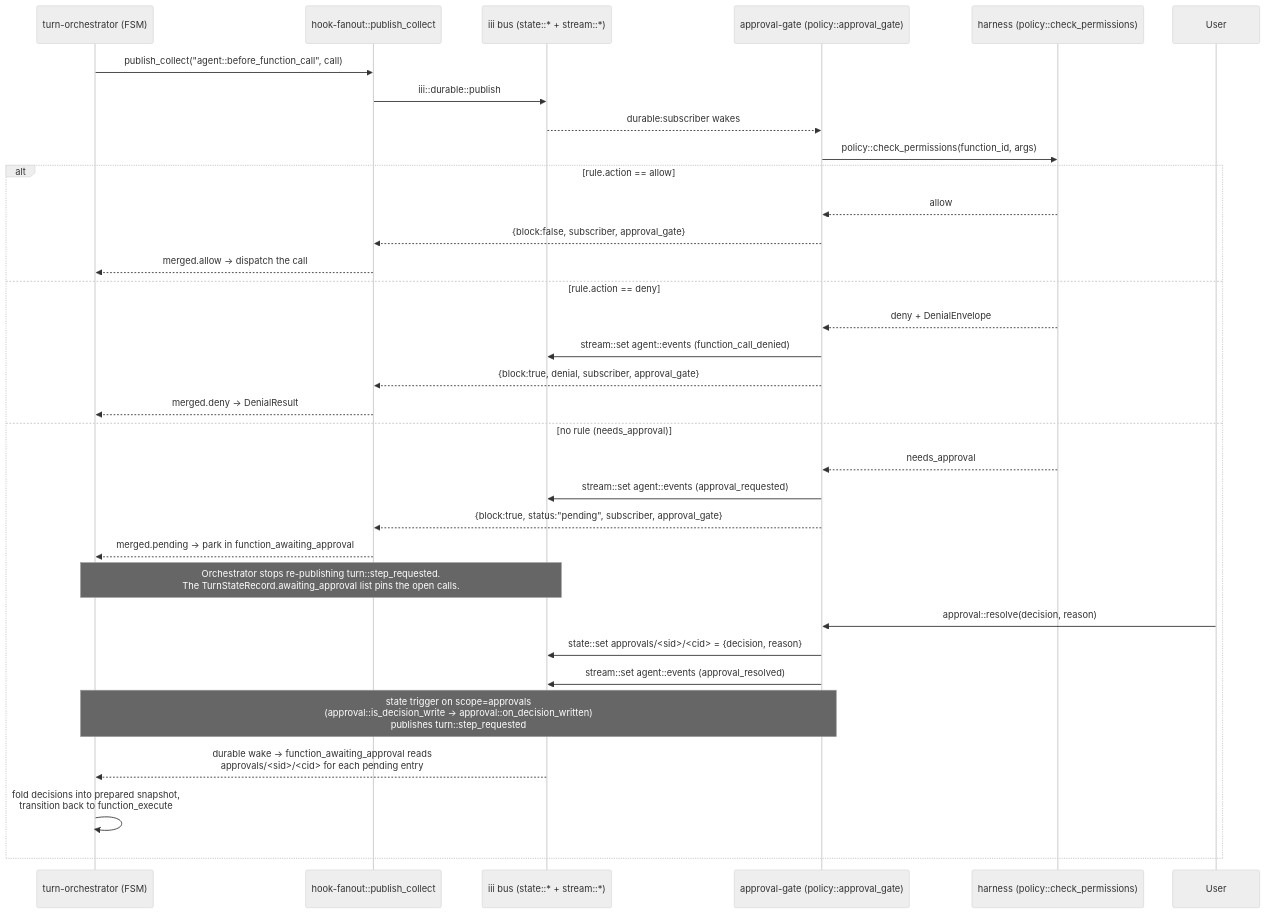
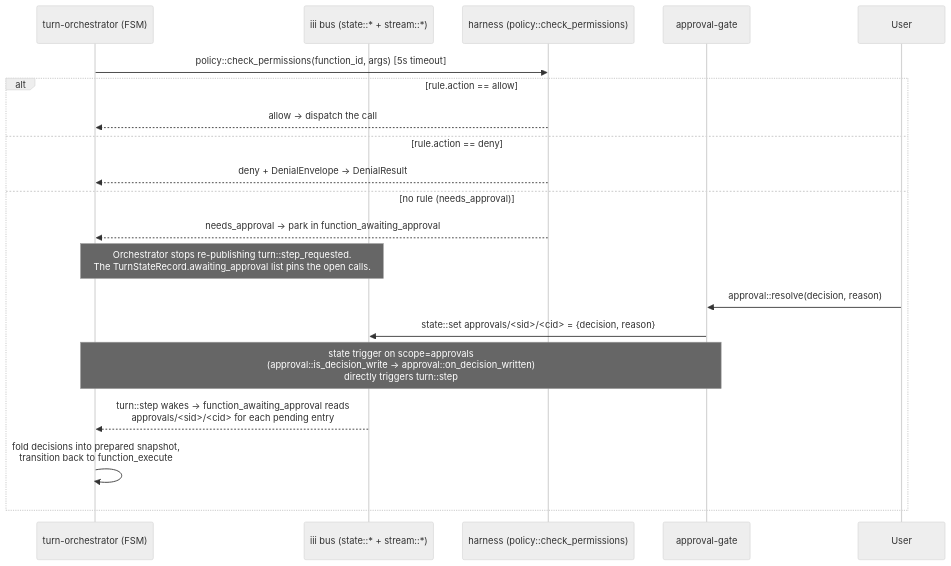
One commit to iii-hq/workers changed the third of 5 diagrams in harness-node/docs/architecture.md. Above: the diagram before and after it, drawn with Mermaid (neutral theme). The commit also changed other lines of this file and 50 other files, not shown here.

First line of the commit message:
feat(approval-gate): state-as-truth refactor — direct policy consult + reactive turn_state event + reload recovery (#159)

````diff
--- a/harness-node/docs/architecture.md
+++ b/harness-node/docs/architecture.md
@@ -129,36 +124,23 @@
 ```mermaid
 sequenceDiagram
   participant Turn as turn-orchestrator (FSM)
-  participant Hook as hook-fanout::publish_collect
   participant Bus as iii bus (state::* + stream::*)
-  participant Gate as approval-gate (policy::approval_gate)
   participant Harness as harness (policy::check_permissions)
+  participant Gate as approval-gate
   participant User
 
-  Turn->>Hook: publish_collect("agent::before_function_call", call)
-  Hook->>Bus: iii::durable::publish
-  Bus-->>Gate: durable:subscriber wakes
-  Gate->>Harness: policy::check_permissions(function_id, args)
+  Turn->>Harness: policy::check_permissions(function_id, args) [5s timeout]
   alt rule.action == allow
-    Harness-->>Gate: allow
-    Gate-->>Hook: {block:false, subscriber, approval_gate}
-    Hook-->>Turn: merged.allow → dispatch the call
+    Harness-->>Turn: allow → dispatch the call
   else rule.action == deny
-    Harness-->>Gate: deny + DenialEnvelope
-    Gate->>Bus: stream::set agent::events (function_call_denied)
-    Gate-->>Hook: {block:true, denial, subscriber, approval_gate}
-    Hook-->>Turn: merged.deny → DenialResult
+    Harness-->>Turn: deny + DenialEnvelope → DenialResult
   else no rule (needs_approval)
-    Harness-->>Gate: needs_approval
-    Gate->>Bus: stream::set agent::events (approval_requested)
-    Gate-->>Hook: {block:true, status:"pending", subscriber, approval_gate}
-    Hook-->>Turn: merged.pending → park in function_awaiting_approval
+    Harness-->>Turn: needs_approval → park in function_awaiting_approval
     Note over Turn,Bus: Orchestrator stops re-publishing turn::step_requested.<br/>The TurnStateRecord.awaiting_approval list pins the open calls.
     User->>Gate: approval::resolve(decision, reason)
     Gate->>Bus: state::set approvals/<sid>/<cid> = {decision, reason}
-    Gate->>Bus: stream::set agent::events (approval_resolved)
-    Note over Gate,Turn: state trigger on scope=approvals<br/>(approval::is_decision_write → approval::on_decision_written)<br/>publishes turn::step_requested
-    Bus-->>Turn: durable wake → function_awaiting_approval reads<br/>approvals/<sid>/<cid> for each pending entry
+    Note over Gate,Turn: state trigger on scope=approvals<br/>(approval::is_decision_write → approval::on_decision_written)<br/>directly triggers turn::step
+    Bus-->>Turn: turn::step wakes → function_awaiting_approval reads<br/>approvals/<sid>/<cid> for each pending entry
     Turn->>Turn: fold decisions into prepared snapshot,<br/>transition back to function_execute
   end
 ```
````
